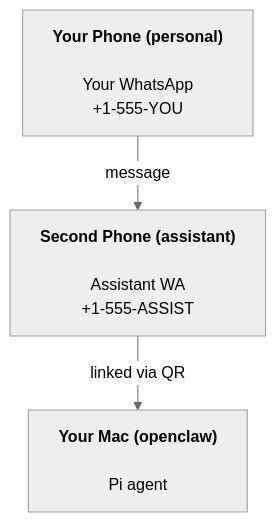
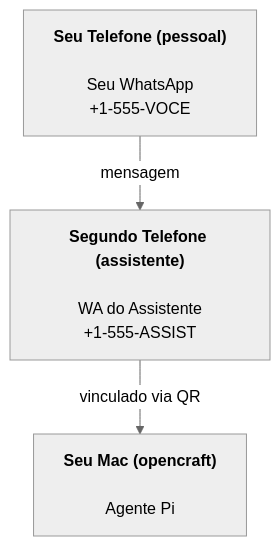
Before and after one commit to editzffaleta/OpenCraft: the diagram in docs/start/opencraft.md, drawn with Mermaid (neutral theme). The commit also changed other lines of this file and 89 other files, not shown here.

````diff
--- a/docs/start/opencraft.md
+++ b/docs/start/opencraft.md
@@ -36,5 +36,5 @@
 ```mermaid
 flowchart TB
-    A["<b>Your Phone (personal)<br></b><br>Your WhatsApp<br>+1-555-YOU"] -- message --> B["<b>Second Phone (assistant)<br></b><br>Assistant WA<br>+1-555-ASSIST"]
-    B -- linked via QR --> C["<b>Your Mac (openclaw)<br></b><br>Pi agent"]
+    A["<b>Seu Telefone (pessoal)<br></b><br>Seu WhatsApp<br>+1-555-VOCE"] -- mensagem --> B["<b>Segundo Telefone (assistente)<br></b><br>WA do Assistente<br>+1-555-ASSIST"]
+    B -- vinculado via QR --> C["<b>Seu Mac (opencraft)<br></b><br>Agente Pi"]
 ```
````
